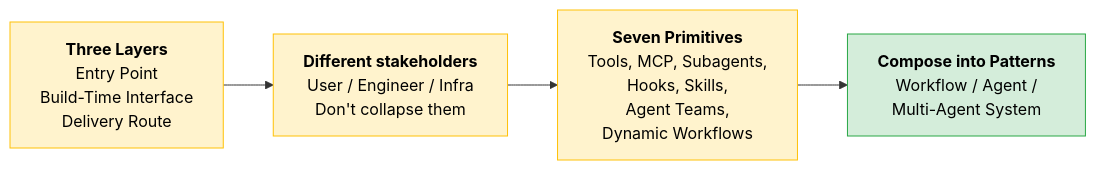
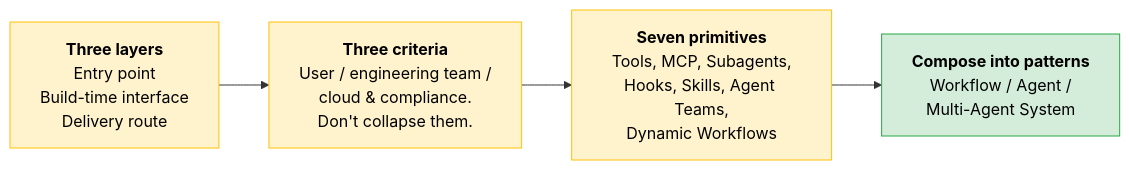
The fourth of 4 diagrams in Professional/01-Claude-Platform-and-Solution-Design/02-Platform-Map-and-Primitives.md (shreyabaid007/Claude-Certified-Architect), drawn with Mermaid before and after one commit. The commit also changed other lines of this file and 4 other files, not shown here.

````diff
--- a/Professional/01-Claude-Platform-and-Solution-Design/02-Platform-Map-and-Primitives.md
+++ b/Professional/01-Claude-Platform-and-Solution-Design/02-Platform-Map-and-Primitives.md
@@ -117,9 +134,15 @@
 ```mermaid
 flowchart LR
     classDef concept fill:#fff3cd,stroke:#ffc107,color:#000
     classDef action fill:#d4edda,stroke:#28a745,color:#000
 
-    A["<b>Three Layers</b><br/>Entry Point<br/>Build-Time Interface<br/>Delivery Route"]:::concept --> B["<b>Different stakeholders</b><br/>User / Engineer / Infra<br/>Don't collapse them"]:::concept
-    B --> C["<b>Seven Primitives</b><br/>Tools, MCP, Subagents,<br/>Hooks, Skills,<br/>Agent Teams,<br/>Dynamic Workflows"]:::concept
-    C --> D["<b>Compose into Patterns</b><br/>Workflow / Agent /<br/>Multi-Agent System"]:::action
+    A["<b>Three layers</b><br/>Entry point<br/>Build-time interface<br/>Delivery route"]
+    B["<b>Three criteria</b><br/>User / engineering team /<br/>cloud & compliance.<br/>Don't collapse them."]
+    C["<b>Seven primitives</b><br/>Tools, MCP, Subagents,<br/>Hooks, Skills, Agent Teams,<br/>Dynamic Workflows"]
+    D["<b>Compose into patterns</b><br/>Workflow / Agent /<br/>Multi-Agent System"]
+
+    A --> B --> C --> D
+
+    class A,B,C concept
+    class D action
 ```
````
